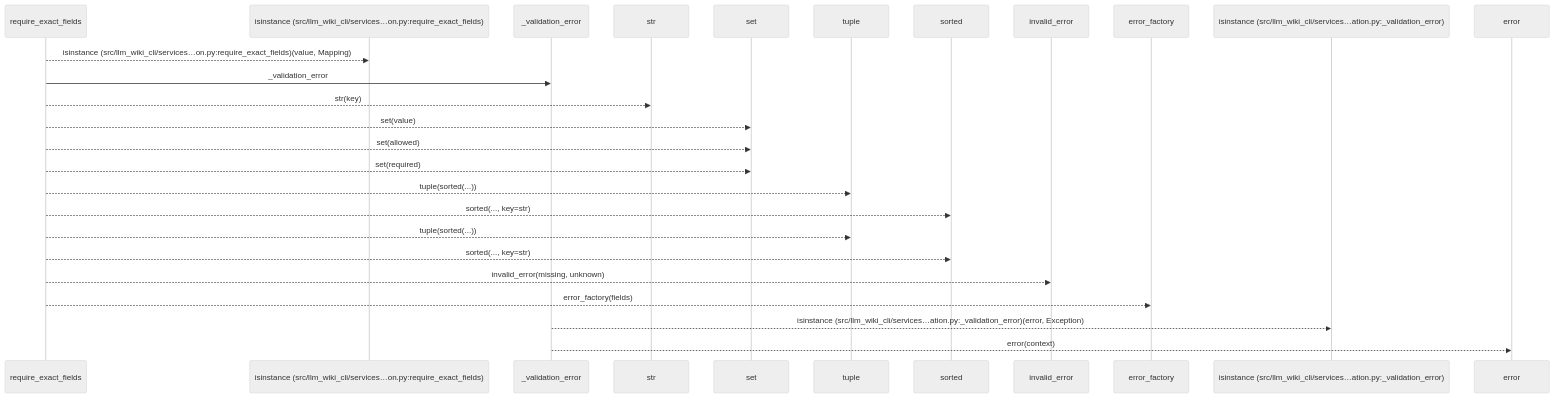
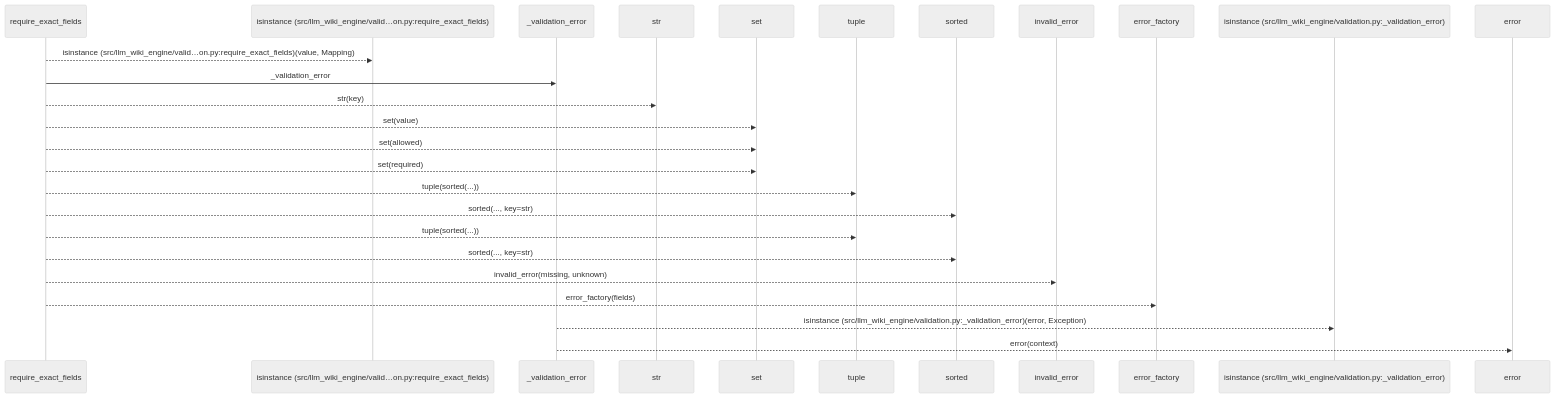
One commit to Denissvgn/python-wiki-llm changed the first of 2 diagrams in docs/llm_wiki/flows/api-require_exact_fields.md. Above: the diagram before and after it, drawn with Mermaid (neutral theme). The commit also changed other lines of this file and 1103 other files, not shown here.

First line of the commit message:
docs: refresh the wiki for the llm-wiki-engine distribution

````diff
--- a/docs/llm_wiki/flows/api-require_exact_fields.md
+++ b/docs/llm_wiki/flows/api-require_exact_fields.md
@@ -12,28 +12,28 @@
 ```mermaid
 sequenceDiagram
     participant p0 as require_exact_fields
-    participant p1 as isinstance (src/llm_wiki_cli/services…on.py:require_exact_fields)
+    participant p1 as isinstance (src/llm_wiki_engine/valid…on.py:require_exact_fields)
     participant p2 as _validation_error
     participant p3 as str
     participant p4 as set
     participant p5 as tuple
     participant p6 as sorted
     participant p7 as invalid_error
     participant p8 as error_factory
-    participant p9 as isinstance (src/llm_wiki_cli/services…ation.py:_validation_error)
+    participant p9 as isinstance (src/llm_wiki_engine/validation.py:_validation_error)
     participant p10 as error
-    p0-->>p1: isinstance (src/llm_wiki_cli/services…on.py:require_exact_fields)(value, Mapping)
+    p0-->>p1: isinstance (src/llm_wiki_engine/valid…on.py:require_exact_fields)(value, Mapping)
     p0->>p2: _validation_error
     p0-->>p3: str(key)
     p0-->>p4: set(value)
     p0-->>p4: set(allowed)
     p0-->>p4: set(required)
     p0-->>p5: tuple(sorted(...))
     p0-->>p6: sorted(..., key=str)
     p0-->>p5: tuple(sorted(...))
     p0-->>p6: sorted(..., key=str)
     p0-->>p7: invalid_error(missing, unknown)
     p0-->>p8: error_factory(fields)
-    p2-->>p9: isinstance (src/llm_wiki_cli/services…ation.py:_validation_error)(error, Exception)
+    p2-->>p9: isinstance (src/llm_wiki_engine/validation.py:_validation_error)(error, Exception)
     p2-->>p10: error(context)
 ```
````
